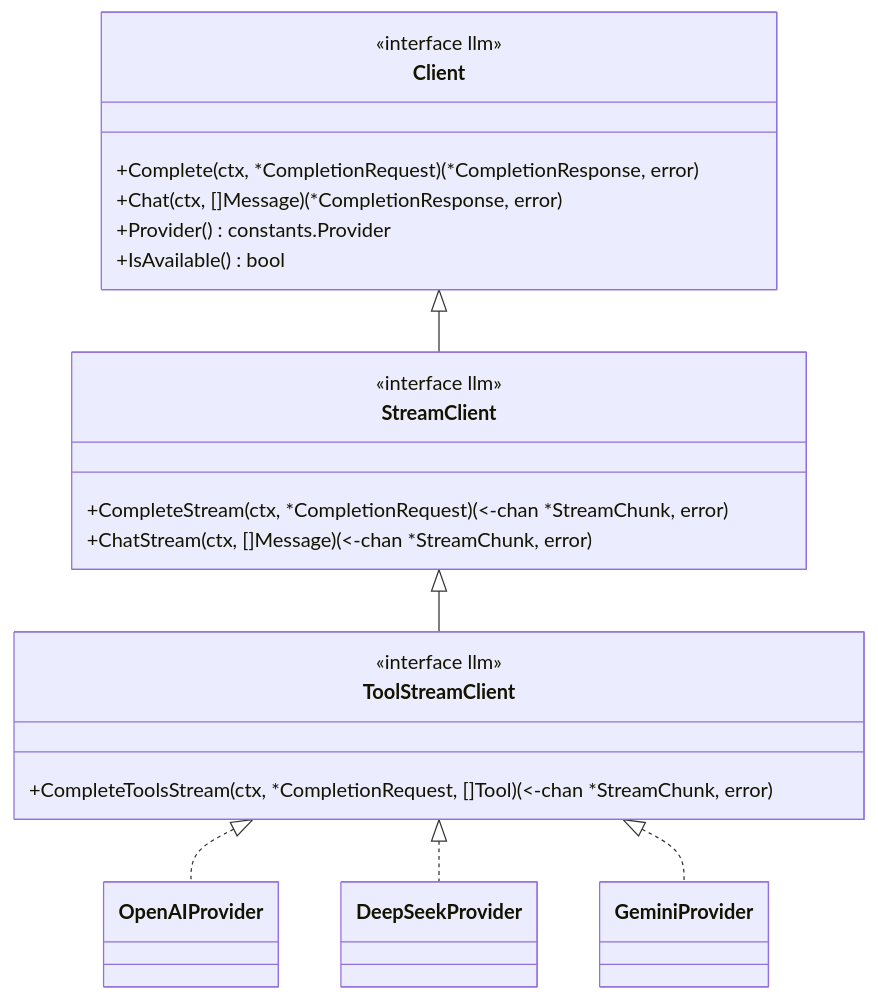
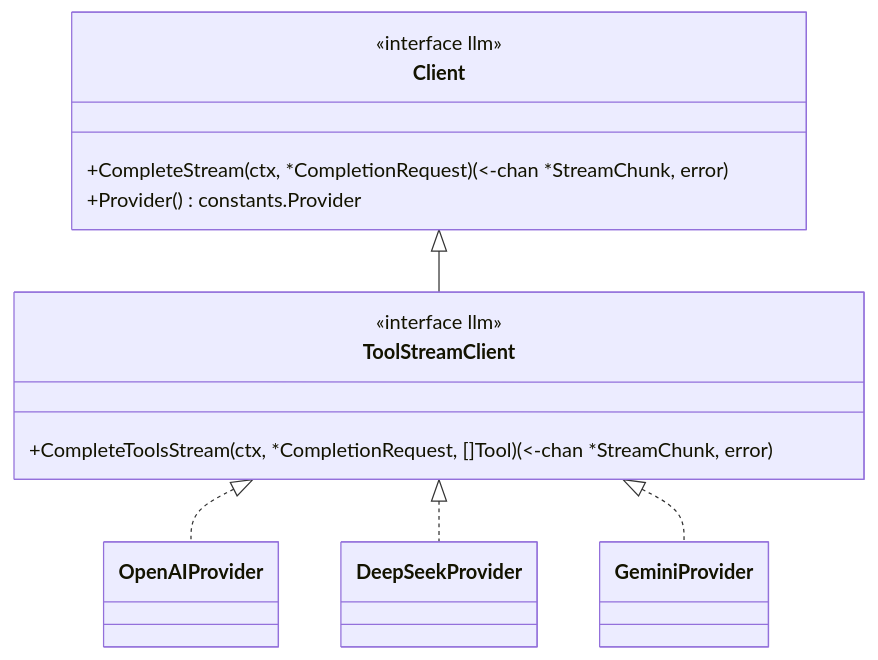
Before and after one commit to kart-io/goagent: the fourth of 5 diagrams in docs/architecture/COMPONENT_DIAGRAM.md, drawn with Mermaid. The commit also changed other lines of this file and 98 other files, not shown here.

First line of the commit message:
refactor(llm)!: llm.Client 收敛为流式接口

````diff
--- a/docs/architecture/COMPONENT_DIAGRAM.md
+++ b/docs/architecture/COMPONENT_DIAGRAM.md
@@ -174,27 +174,19 @@
 ```mermaid
 classDiagram
     class Client {
         <<interface llm>>
-        +Complete(ctx, *CompletionRequest) (*CompletionResponse, error)
-        +Chat(ctx, []Message) (*CompletionResponse, error)
+        +CompleteStream(ctx, *CompletionRequest) (<-chan *StreamChunk, error)
         +Provider() constants.Provider
-        +IsAvailable() bool
-    }
-    class StreamClient {
-        <<interface llm>>
-        +CompleteStream(ctx, *CompletionRequest) (<-chan *StreamChunk, error)
-        +ChatStream(ctx, []Message) (<-chan *StreamChunk, error)
     }
     class ToolStreamClient {
         <<interface llm>>
         +CompleteToolsStream(ctx, *CompletionRequest, []Tool) (<-chan *StreamChunk, error)
     }
     class OpenAIProvider
     class DeepSeekProvider
     class GeminiProvider
-    Client <|-- StreamClient
-    StreamClient <|-- ToolStreamClient
+    Client <|-- ToolStreamClient
     ToolStreamClient <|.. OpenAIProvider
     ToolStreamClient <|.. DeepSeekProvider
     ToolStreamClient <|.. GeminiProvider
 ```
````
